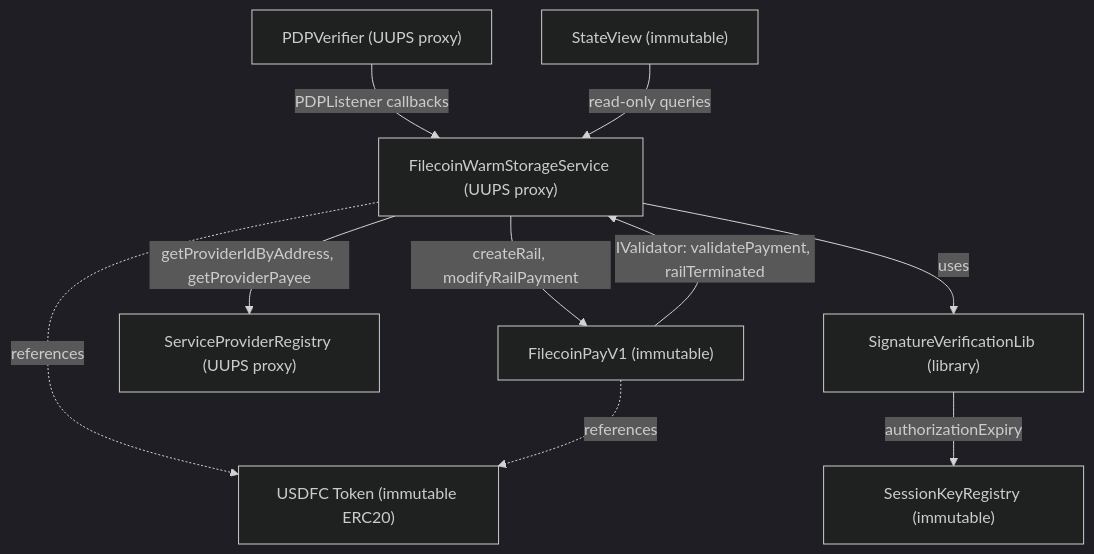
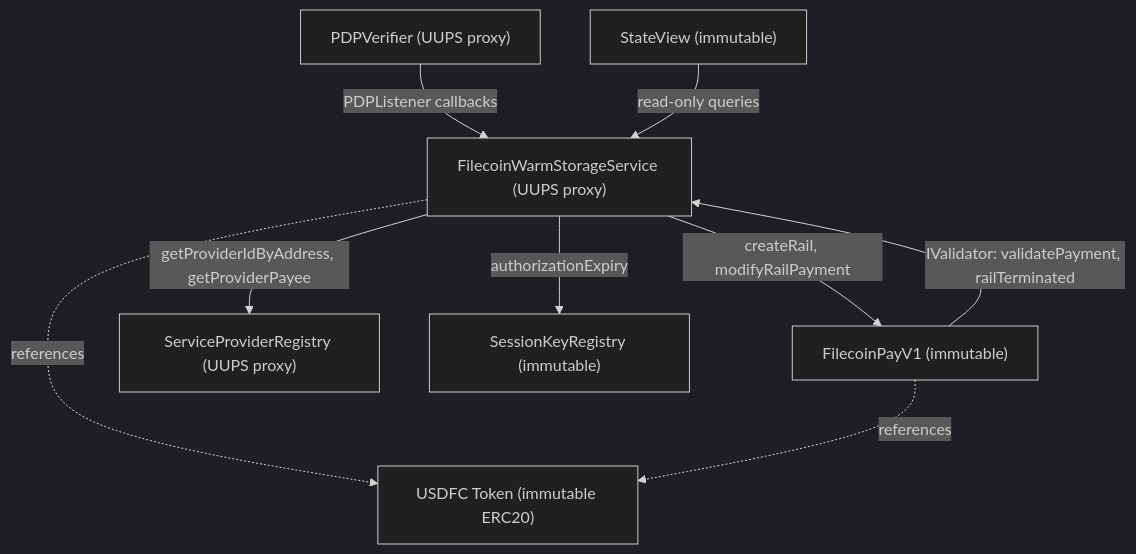
The first of 2 diagrams in SPEC.md (FilOzone/filecoin-services), drawn with Mermaid (dark theme) before and after one commit. The commit also changed other lines of this file and 14 other files, not shown here.

````diff
--- a/SPEC.md
+++ b/SPEC.md
@@ -318,21 +318,19 @@
 ```mermaid
 flowchart TB
   PDPV["PDPVerifier (UUPS proxy)"]
   FWSS["FilecoinWarmStorageService (UUPS proxy)"]
   FPV["FilecoinPayV1 (immutable)"]
   SPR["ServiceProviderRegistry (UUPS proxy)"]
   SKR["SessionKeyRegistry (immutable)"]
-  SVL["SignatureVerificationLib (library)"]
   SV["StateView (immutable)"]
   USDFC["USDFC Token (immutable ERC20)"]
 
   PDPV -->|PDPListener callbacks| FWSS
   FWSS -->|createRail, modifyRailPayment| FPV
   FPV -->|IValidator: validatePayment, railTerminated| FWSS
   FWSS -->|getProviderIdByAddress, getProviderPayee| SPR
-  FWSS -->|uses| SVL
-  SVL -->|authorizationExpiry| SKR
+  FWSS -->|authorizationExpiry| SKR
   SV -->|read-only queries| FWSS
   FWSS -.->|references| USDFC
   FPV -.->|references| USDFC
 ```
````
